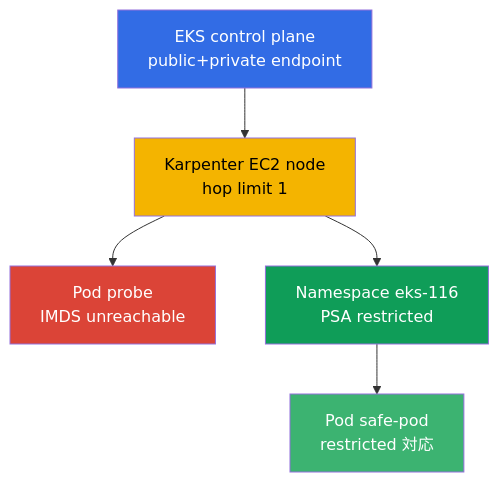
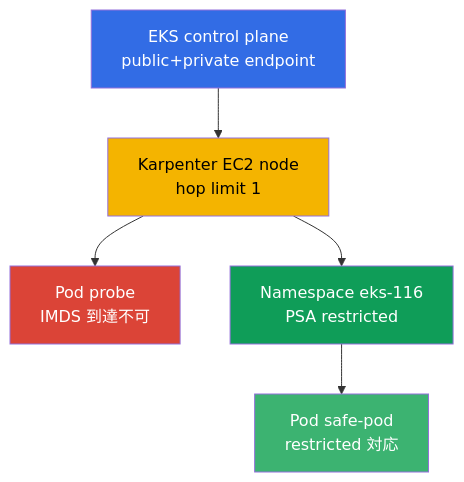
Before and after one commit to ViktorUJ/cks: the first of 2 diagrams in tasks/eks/labs/116/README_JP.MD, drawn with Mermaid. The commit also changed 221 other files, not shown here.

````diff
--- a/tasks/eks/labs/116/README_JP.MD
+++ b/tasks/eks/labs/116/README_JP.MD
@@ -44,17 +44,17 @@
 ```mermaid
 flowchart TB
     cp["EKS control plane<br>public+private endpoint"]
     node["Karpenter EC2 node<br>hop limit 1"]
-    probe["Pod probe<br>IMDS unreachable"]
+    probe["Pod probe<br>IMDS 到達不可"]
     ns["Namespace eks-116<br>PSA restricted"]
     safe["Pod safe-pod<br>restricted 対応"]
     cp --> node
     node --> probe
     node --> ns
     ns --> safe
     style cp fill:#326ce5,color:#fff
     style node fill:#f4b400,color:#000
     style probe fill:#db4437,color:#fff
     style ns fill:#0f9d58,color:#fff
     style safe fill:#3cb371,color:#fff
 ```
````
